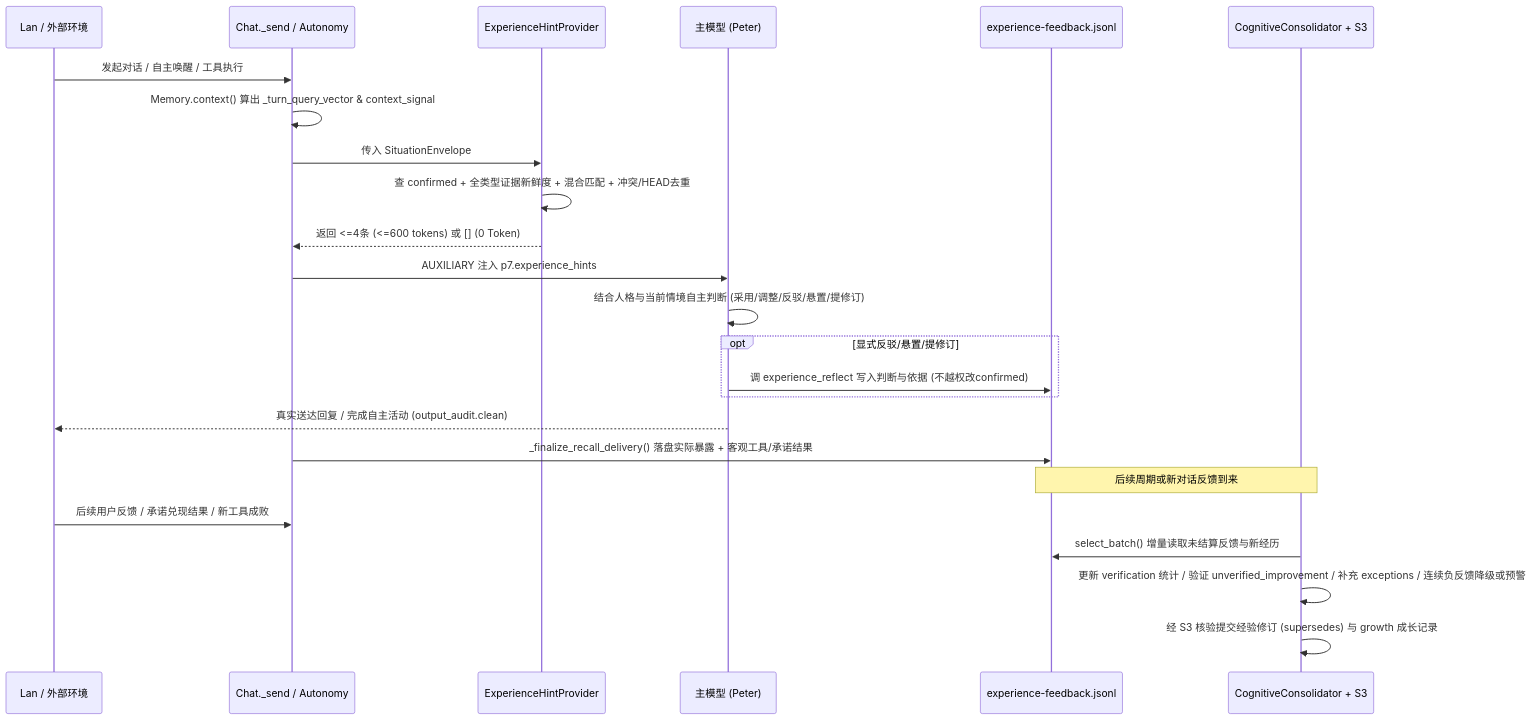
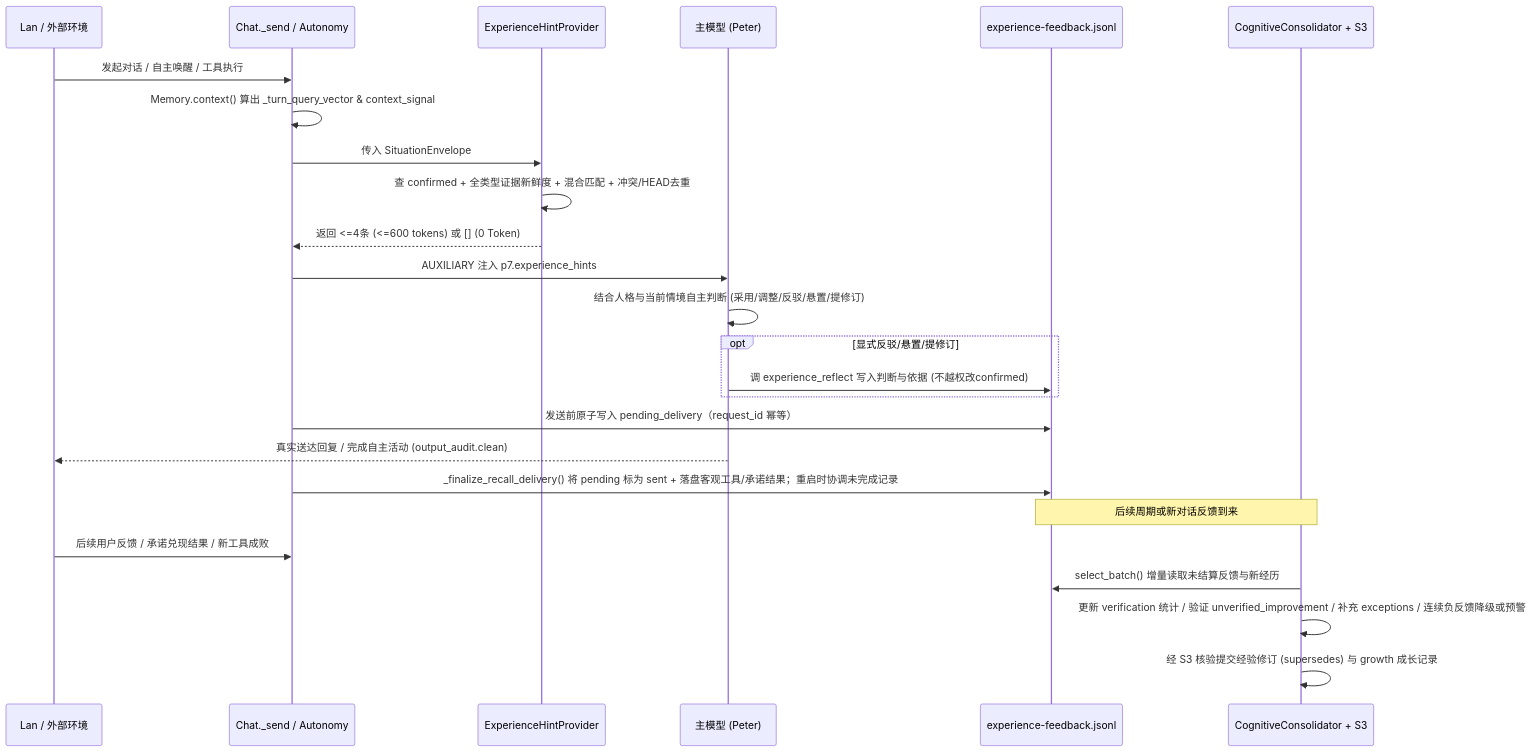
The third of 4 diagrams in docs/reports/p7-0-experience-injection-construction-plan-20261128.md (yecays-ai/veil-agent), drawn with Mermaid before and after one commit. The commit also changed other lines of this file and 3 other files, not shown here.

````diff
--- a/docs/reports/p7-0-experience-injection-construction-plan-20261128.md
+++ b/docs/reports/p7-0-experience-injection-construction-plan-20261128.md
@@ -334,27 +337,28 @@
 ```mermaid
 sequenceDiagram
     participant U as Lan / 外部环境
     participant C as Chat._send / Autonomy
     participant P as ExperienceHintProvider
     participant M as 主模型 (Peter)
     participant F as experience-feedback.jsonl
     participant K as CognitiveConsolidator + S3
 
     U->>C: 发起对话 / 自主唤醒 / 工具执行
     C->>C: Memory.context() 算出 _turn_query_vector & context_signal
     C->>P: 传入 SituationEnvelope
     P->>P: 查 confirmed + 全类型证据新鲜度 + 混合匹配 + 冲突/HEAD去重
     P-->>C: 返回 <=4条 (<=600 tokens) 或 [] (0 Token)
     C->>M: AUXILIARY 注入 p7.experience_hints
     M->>M: 结合人格与当前情境自主判断 (采用/调整/反驳/悬置/提修订)
     opt 显式反驳/悬置/提修订
         M->>F: 调 experience_reflect 写入判断与依据 (不越权改confirmed)
     end
+    C->>F: 发送前原子写入 pending_delivery（request_id 幂等）
     M-->>U: 真实送达回复 / 完成自主活动 (output_audit.clean)
-    C->>F: _finalize_recall_delivery() 落盘实际暴露 + 客观工具/承诺结果
+    C->>F: _finalize_recall_delivery() 将 pending 标为 sent + 落盘客观工具/承诺结果；重启时协调未完成记录
     Note over F,K: 后续周期或新对话反馈到来
     U->>C: 后续用户反馈 / 承诺兑现结果 / 新工具成败
     K->>F: select_batch() 增量读取未结算反馈与新经历
     K->>K: 更新 verification 统计 / 验证 unverified_improvement / 补充 exceptions / 连续负反馈降级或预警
     K->>K: 经 S3 核验提交经验修订 (supersedes) 与 growth 成长记录
 ```
````
